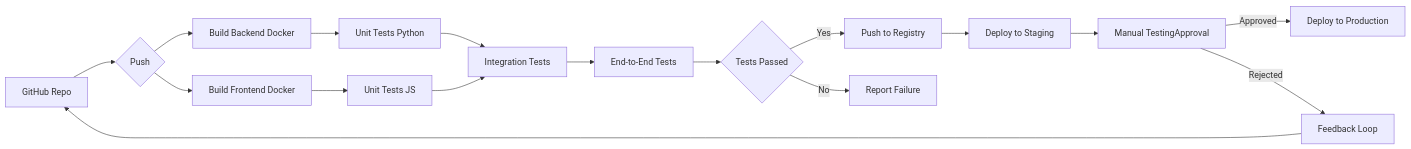
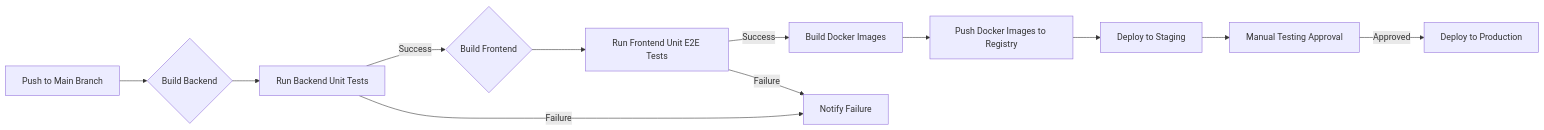
Before and after one commit to HimansuSaha/GreaterWMS: the diagram in docs/cicd/pipeline.md, drawn with Mermaid. The commit also changed other lines of this file and 4 other files, not shown here.

````diff
--- a/docs/cicd/pipeline.md
+++ b/docs/cicd/pipeline.md
@@ -56,19 +68,15 @@
 ```mermaid
 graph LR
-    A[GitHub Repo] --> B{Push};
-    B --> C[Build Backend Docker];
-    B --> D[Build Frontend Docker];
-    C --> E[Unit Tests Python];
-    D --> F[Unit Tests JS];
-    E --> G[Integration Tests];
-    F --> G;
-    G --> H[End-to-End Tests];
-    H --> I{Tests Passed};
-    I -- Yes --> J[Push to Registry];
-    I -- No --> K[Report Failure];
-    J --> L[Deploy to Staging];
-    L --> M[Manual TestingApproval];
-    M -- Approved --> N[Deploy to Production];
-    M -- Rejected --> O[Feedback Loop];
-    O --> A;
+    A[Push to Main Branch] --> B{Build Backend};
+    B --> C[Run Backend Unit Tests];
+    C -- Success --> D{Build Frontend};
+    D --> E[Run Frontend Unit E2E Tests];
+    E -- Success --> F[Build Docker Images];
+    F --> G[Push Docker Images to Registry];
+    G --> H[Deploy to Staging];
+    H --> I[Manual Testing Approval];
+    I -- Approved --> J[Deploy to Production];
+    C -- Failure --> K[Notify Failure];
+    E -- Failure --> K;
+    
 ```
````
